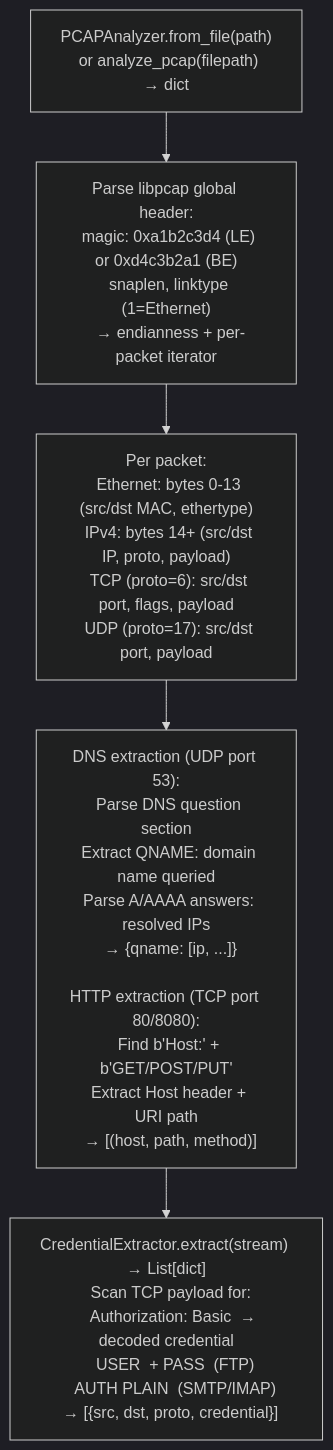
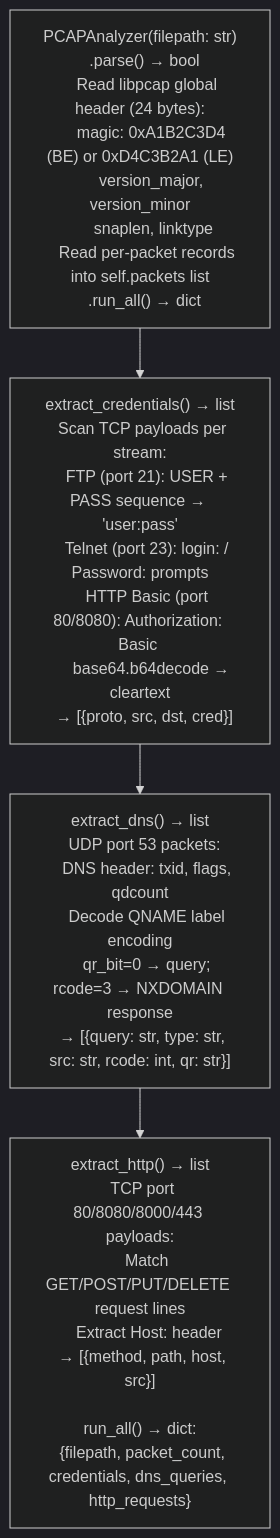
One commit to Ablation-Tool/ablation changed the diagram in docs/reference-modules/pcap-inspection.md. Above: the diagram before and after it, drawn with Mermaid (dark theme). The commit also changed other lines of this file and 16 other files, not shown here.

````diff
--- a/docs/reference-modules/pcap-inspection.md
+++ b/docs/reference-modules/pcap-inspection.md
@@ -19,7 +19,6 @@
 ```mermaid
 flowchart TD
-    A["PCAPAnalyzer.from_file(path)\n  or analyze_pcap(filepath) → dict"] --> B["Parse libpcap global header:\n  magic: 0xa1b2c3d4 (LE) or 0xd4c3b2a1 (BE)\n  snaplen, linktype (1=Ethernet)\n  → endianness + per-packet iterator"]
-    B --> C["Per packet:\n  Ethernet: bytes 0-13 (src/dst MAC, ethertype)\n  IPv4: bytes 14+ (src/dst IP, proto, payload)\n  TCP (proto=6): src/dst port, flags, payload\n  UDP (proto=17): src/dst port, payload"]
-    C --> D["DNS extraction (UDP port 53):\n  Parse DNS question section\n  Extract QNAME: domain name queried\n  Parse A/AAAA answers: resolved IPs\n  → {qname: [ip, ...]}\n\nHTTP extraction (TCP port 80/8080):\n  Find b'Host:' + b'GET/POST/PUT'\n  Extract Host header + URI path\n  → [(host, path, method)]"]
-    D --> E["CredentialExtractor.extract(stream) → List[dict]\n  Scan TCP payload for:\n    Authorization: Basic <b64> → decoded credential\n    USER <name> + PASS <pw> (FTP)\n    AUTH PLAIN <b64> (SMTP/IMAP)\n  → [{src, dst, proto, credential}]"]
+    A["PCAPAnalyzer(filepath: str)\n  .parse() → bool\n    Read libpcap global header (24 bytes):\n      magic: 0xA1B2C3D4 (BE) or 0xD4C3B2A1 (LE)\n      version_major, version_minor\n      snaplen, linktype\n    Read per-packet records into self.packets list\n  .run_all() → dict"] --> B["extract_credentials() → list\n  Scan TCP payloads per stream:\n    FTP (port 21): USER + PASS sequence → 'user:pass'\n    Telnet (port 23): login: / Password: prompts\n    HTTP Basic (port 80/8080): Authorization: Basic <b64>\n      base64.b64decode → cleartext\n  → [{proto, src, dst, cred}]"]
+    B --> C["extract_dns() → list\n  UDP port 53 packets:\n    DNS header: txid, flags, qdcount\n    Decode QNAME label encoding\n    qr_bit=0 → query; rcode=3 → NXDOMAIN response\n  → [{query: str, type: str, src: str, rcode: int, qr: str}]"]
+    C --> D["extract_http() → list\n  TCP port 80/8080/8000/443 payloads:\n    Match GET/POST/PUT/DELETE request lines\n    Extract Host: header\n  → [{method, path, host, src}]\n\nrun_all() → dict:\n  {filepath, packet_count, credentials, dns_queries, http_requests}"]
 ```
````
